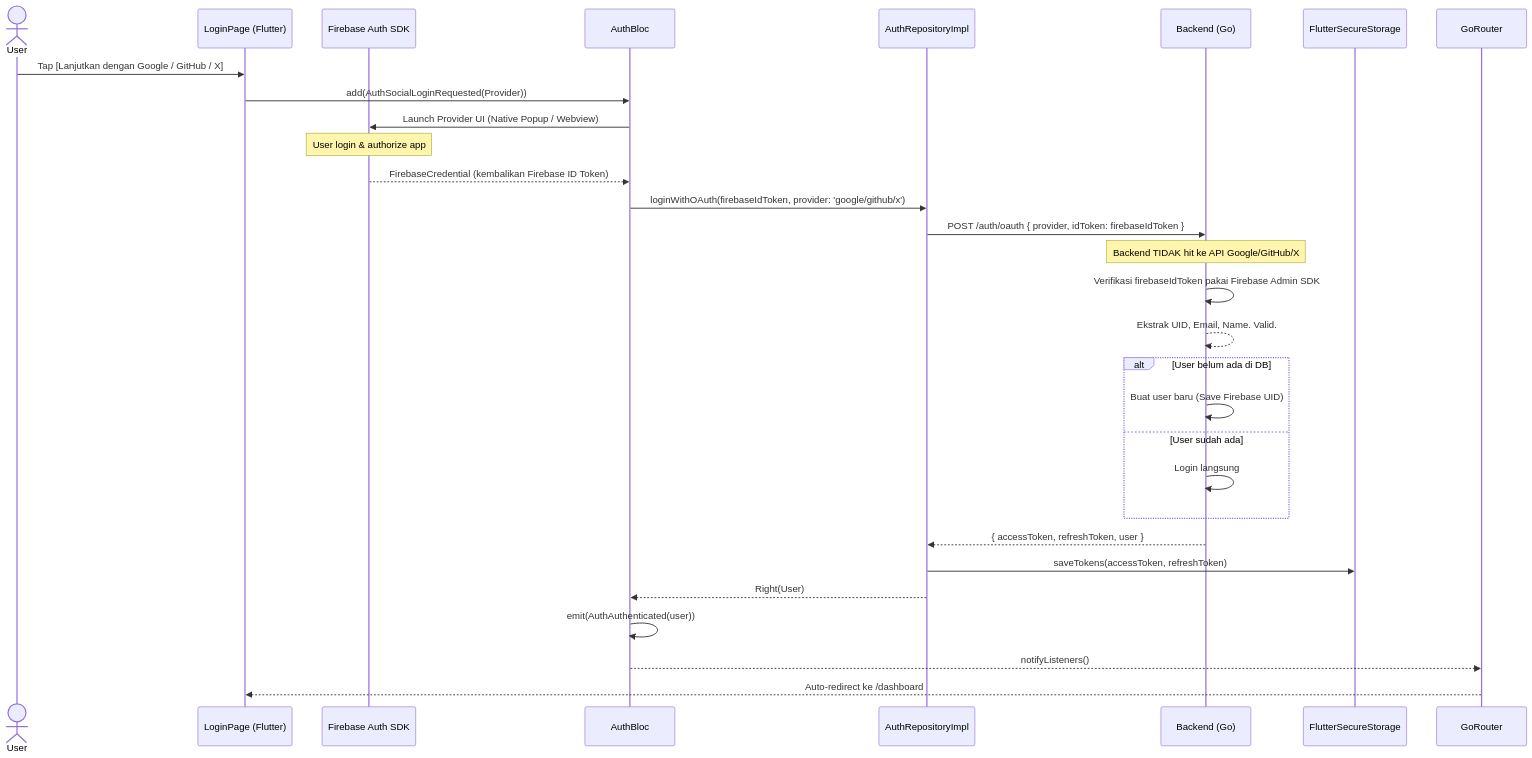
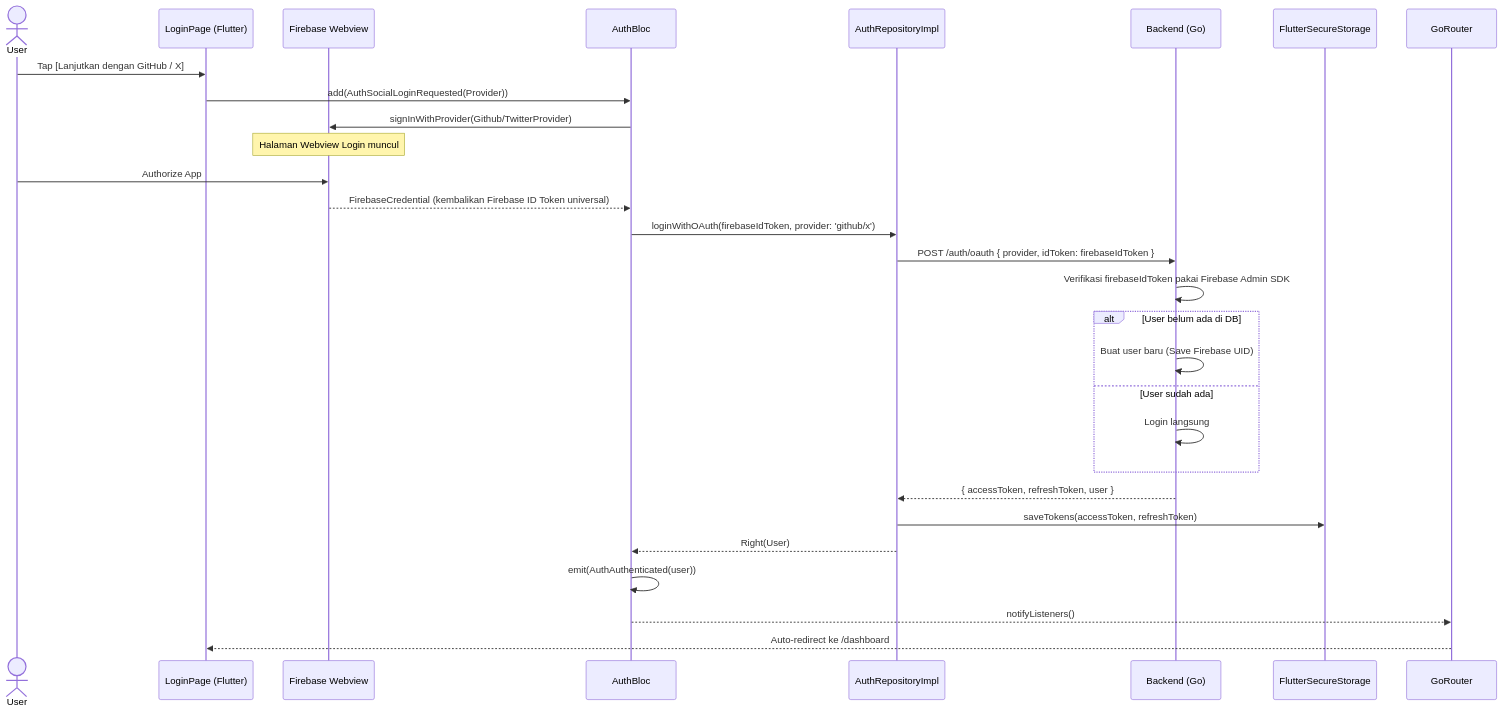
Before and after one commit to nunutech40/news-app-flutter: the fifth of 7 diagrams in docs/features/auth.md, drawn with Mermaid. The commit also changed other lines of this file, not shown here.

Commit message:
docs: separate google native vs github webview diagrams in auth.md

````diff
--- a/docs/features/auth.md
+++ b/docs/features/auth.md
@@ -191,38 +239,37 @@
 ```mermaid
 sequenceDiagram
     actor User
     participant LP as LoginPage (Flutter)
-    participant FB_SDK as Firebase Auth SDK
+    participant FB_Web as Firebase Webview
     participant Bloc as AuthBloc
     participant Repo as AuthRepositoryImpl
     participant BE as Backend (Go)
     participant Store as FlutterSecureStorage
     participant Router as GoRouter
 
-    User->>LP: Tap [Lanjutkan dengan Google / GitHub / X]
+    User->>LP: Tap [Lanjutkan dengan GitHub / X]
     LP->>Bloc: add(AuthSocialLoginRequested(Provider))
-    Bloc->>FB_SDK: Launch Provider UI (Native Popup / Webview)
-    Note over FB_SDK: User login & authorize app
+    Bloc->>FB_Web: signInWithProvider(Github/TwitterProvider)
+    Note over FB_Web: Halaman Webview Login muncul
     
-    FB_SDK-->>Bloc: FirebaseCredential (kembalikan Firebase ID Token)
+    User->>FB_Web: Authorize App
+    FB_Web-->>Bloc: FirebaseCredential (kembalikan Firebase ID Token universal)
 
-    Bloc->>Repo: loginWithOAuth(firebaseIdToken, provider: 'google/github/x')
+    Bloc->>Repo: loginWithOAuth(firebaseIdToken, provider: 'github/x')
     Repo->>BE: POST /auth/oauth { provider, idToken: firebaseIdToken }
-    Note over BE, BE: Backend TIDAK hit ke API Google/GitHub/X
     BE->>BE: Verifikasi firebaseIdToken pakai Firebase Admin SDK
-    BE-->>BE: Ekstrak UID, Email, Name. Valid.
 
     alt User belum ada di DB
         BE->>BE: Buat user baru (Save Firebase UID)
     else User sudah ada
         BE->>BE: Login langsung
     end
 
     BE-->>Repo: { accessToken, refreshToken, user }
     Repo->>Store: saveTokens(accessToken, refreshToken)
     Repo-->>Bloc: Right(User)
 
     Bloc->>Bloc: emit(AuthAuthenticated(user))
     Bloc-->>Router: notifyListeners()
     Router-->>LP: Auto-redirect ke /dashboard
 ```
````
